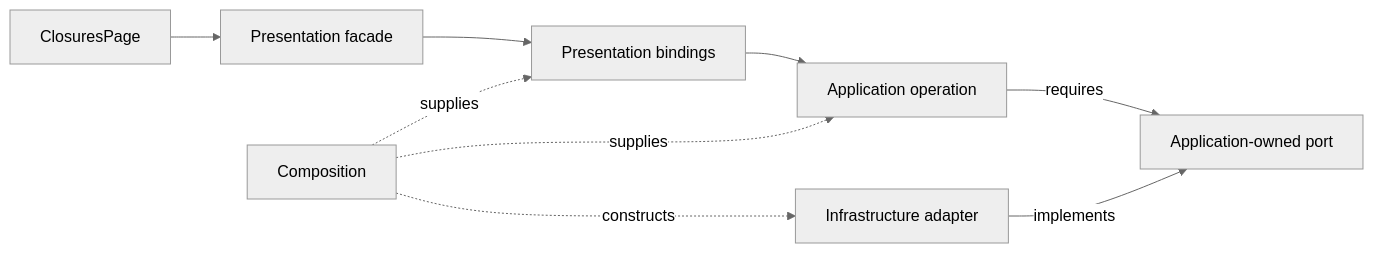
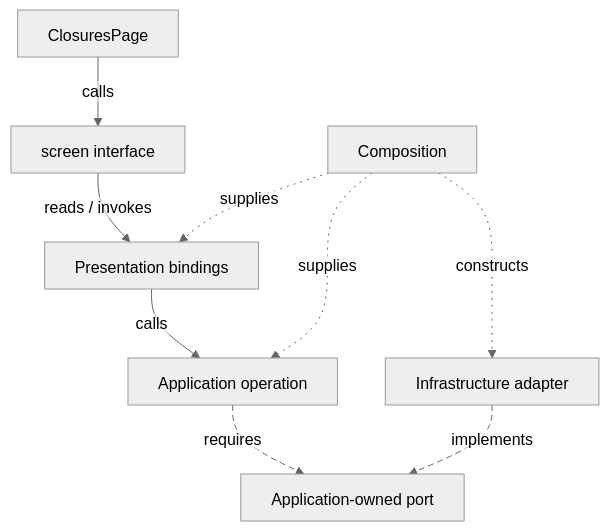
The diagram in architecture/frontend/reference-case-study.md (AndresTaoFlorez/software-architecture), drawn with Mermaid (neutral theme) before and after one commit. The commit also changed other lines of this file and 79 other files, not shown here.

````diff
--- a/architecture/frontend/reference-case-study.md
+++ b/architecture/frontend/reference-case-study.md
@@ -117,11 +195,14 @@
 ```mermaid
-flowchart LR
-    PAGE["ClosuresPage"] --> VM["Presentation facade"]
-    VM --> B["Presentation bindings"]
-    B --> UC["Application operation"]
-    UC -->|"requires"| PORT["Application-owned port"]
-    HTTP["Infrastructure adapter"] -->|"implements"| PORT
+%%{init: {"htmlLabels": false, "flowchart": {"htmlLabels": false, "nodeSpacing": 28, "rankSpacing": 48, "diagramPadding": 20, "wrappingWidth": 280}, "sequence": {"wrap": true, "diagramMarginX": 20, "diagramMarginY": 20}}}%%
+flowchart TB
+    PAGE["ClosuresPage"] -->|"calls"| VM["screen interface"]
+    VM -->|"reads / invokes"| B["Presentation bindings"]
+    B -->|"calls"| UC["Application operation"]
+    UC -. "requires" .-> PORT["Application-owned port"]
+    HTTP["Infrastructure adapter"] -. "implements" .-> PORT
     ROOT["Composition"] -. "constructs" .-> HTTP
     ROOT -. "supplies" .-> UC
     ROOT -. "supplies" .-> B
+    linkStyle 3,4 stroke-width:1px,stroke-dasharray:6 4
+    linkStyle 5,6,7 stroke-width:1px,stroke-dasharray:2 5
 ```
````
